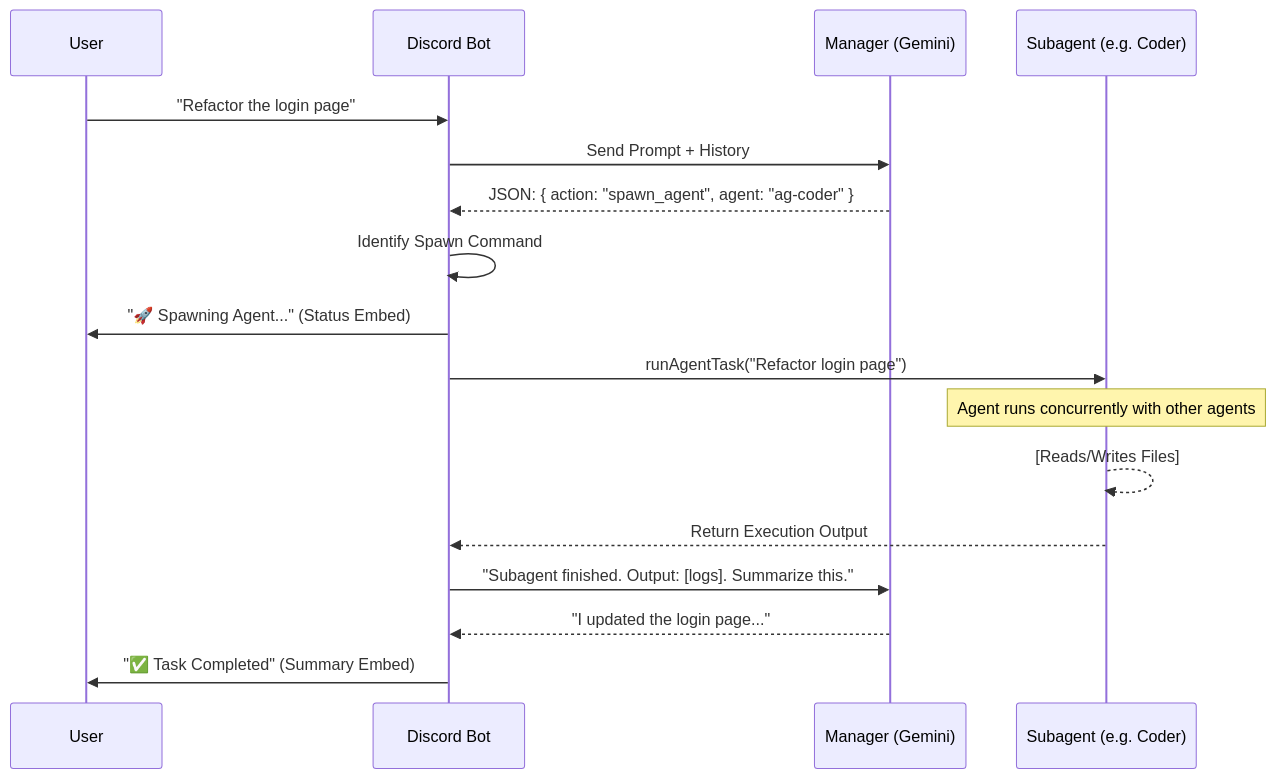
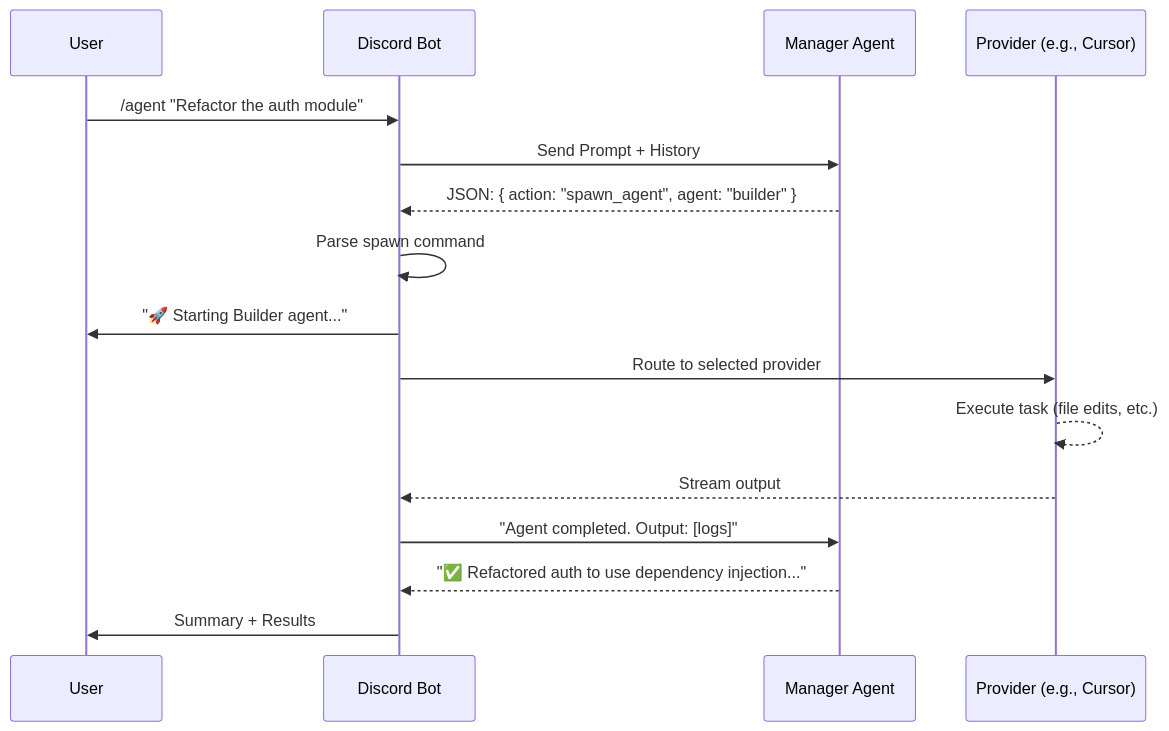
The diagram in ARCHITECTURE.md (jessesep/claude-code-discord), drawn with Mermaid before and after one commit. The commit also changed other lines of this file and 37 other files, not shown here.

````diff
--- a/ARCHITECTURE.md
+++ b/ARCHITECTURE.md
@@ -32,20 +140,19 @@
 ```mermaid
 sequenceDiagram
     participant U as User
     participant D as Discord Bot
-    participant M as Manager (Gemini)
-    participant S as Subagent (e.g. Coder)
+    participant M as Manager Agent
+    participant P as Provider (e.g., Cursor)
 
-    U->>D: "Refactor the login page"
+    U->>D: /agent "Refactor the auth module"
     D->>M: Send Prompt + History
-    M-->>D: JSON: { action: "spawn_agent", agent: "ag-coder" }
-    D->>D: Identify Spawn Command
-    D->>U: "🚀 Spawning Agent..." (Status Embed)
-    D->>S: runAgentTask("Refactor login page")
-    Note over S: Agent runs concurrently with other agents
-    S-->>S: [Reads/Writes Files]
-    S-->>D: Return Execution Output
-    D->>M: "Subagent finished. Output: [logs]. Summarize this."
-    M-->>D: "I updated the login page..."
-    D->>U: "✅ Task Completed" (Summary Embed)
+    M-->>D: JSON: { action: "spawn_agent", agent: "builder" }
+    D->>D: Parse spawn command
+    D->>U: "🚀 Starting Builder agent..."
+    D->>P: Route to selected provider
+    P-->>P: Execute task (file edits, etc.)
+    P-->>D: Stream output
+    D->>M: "Agent completed. Output: [logs]"
+    M-->>D: "✅ Refactored auth to use dependency injection..."
+    D->>U: Summary + Results
 ```
````
